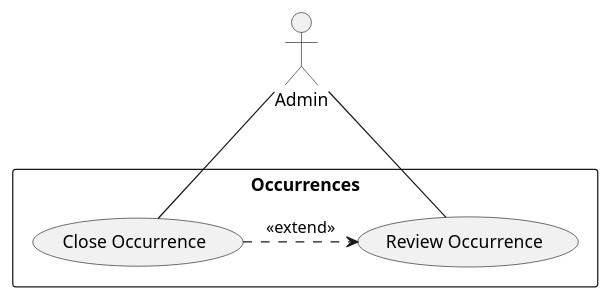
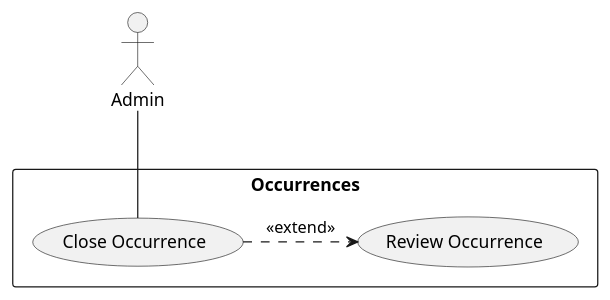
The diagram in Use Cases/CloseOccurrence.iuml (bmb0136/COMP-3700-Project), drawn with PlantUML before and after one commit.

Commit message:
fix double association

```diff
--- a/Use Cases/CloseOccurrence.iuml
+++ b/Use Cases/CloseOccurrence.iuml
@@ -1,11 +1,10 @@
 @startuml Close Occurence
 rectangle "Occurrences"{
 (Close Occurrence)
 (Review Occurrence)
 }
 actor :Admin:
 Admin -- (Close Occurrence)
 (Close Occurrence) .> (Review Occurrence): <<extend>>
-Admin -- (Review Occurrence)
 
 @enduml
```
